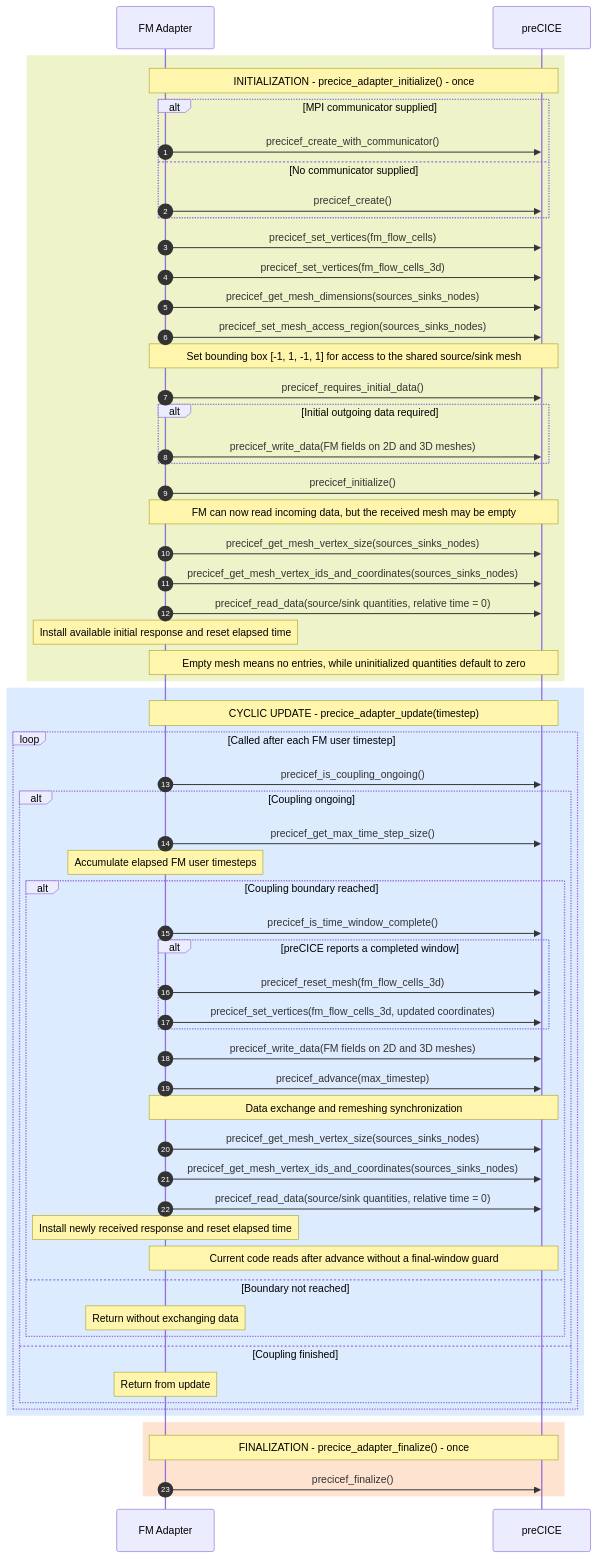
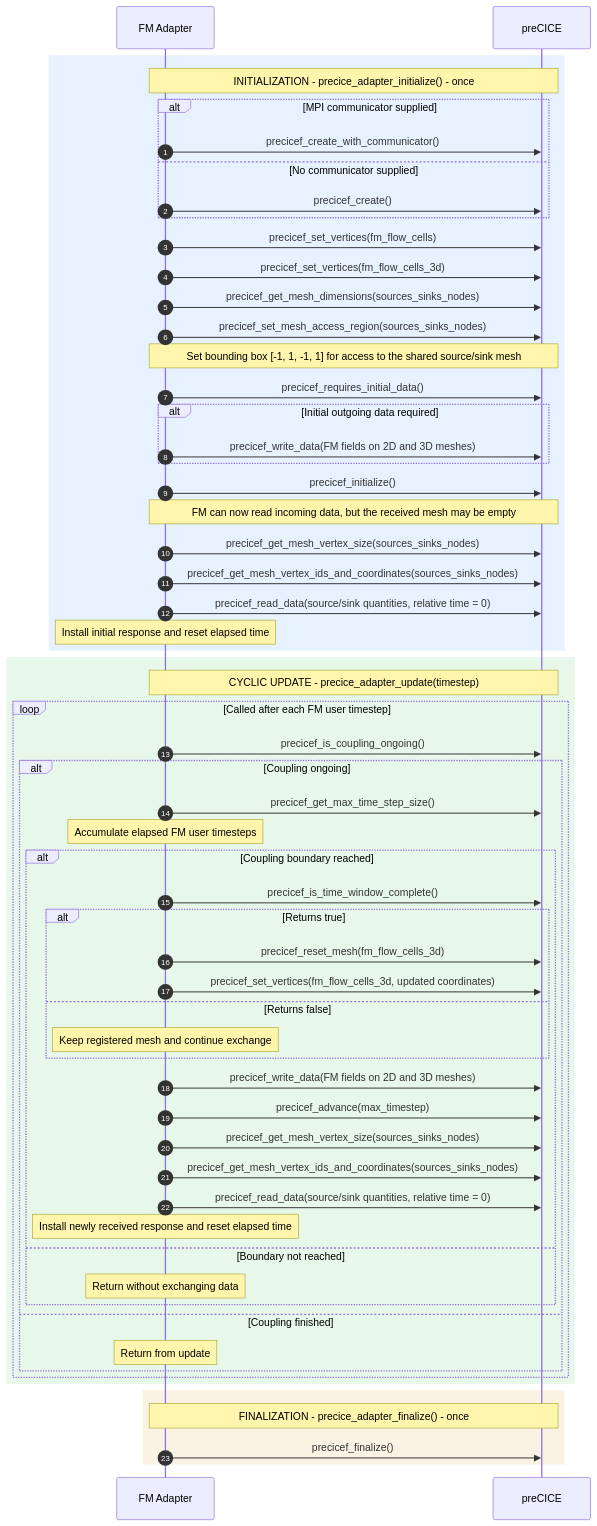
One commit to Deltares/Delft3D changed the diagram in src/engines_gpl/dflowfm/docs/include/FM_preCICE_adapter_sequence_diagram.mmd. Above: the diagram before and after it, drawn with Mermaid. The commit also changed 2 other files, not shown here.

Commit message:
Updated the mermaid diagrams based on review comments

```diff
--- a/src/engines_gpl/dflowfm/docs/include/FM_preCICE_adapter_sequence_diagram.mmd
+++ b/src/engines_gpl/dflowfm/docs/include/FM_preCICE_adapter_sequence_diagram.mmd
@@ -1,64 +1,63 @@
 sequenceDiagram
     autonumber
     participant FM as FM Adapter
     participant P as preCICE
 
-    rect rgb(238, 243, 201)
+    rect rgba(56, 139, 253, 0.12)
     Note over FM,P: INITIALIZATION - precice_adapter_initialize() - once
     alt MPI communicator supplied
         FM->>P: precicef_create_with_communicator()
     else No communicator supplied
         FM->>P: precicef_create()
     end
     FM->>P: precicef_set_vertices(fm_flow_cells)
     FM->>P: precicef_set_vertices(fm_flow_cells_3d)
     FM->>P: precicef_get_mesh_dimensions(sources_sinks_nodes)
     FM->>P: precicef_set_mesh_access_region(sources_sinks_nodes)
     Note over FM,P: Set bounding box [-1, 1, -1, 1] for access to the shared source/sink mesh
     FM->>P: precicef_requires_initial_data()
     alt Initial outgoing data required
         FM->>P: precicef_write_data(FM fields on 2D and 3D meshes)
     end
     FM->>P: precicef_initialize()
     Note over FM,P: FM can now read incoming data, but the received mesh may be empty
     FM->>P: precicef_get_mesh_vertex_size(sources_sinks_nodes)
     FM->>P: precicef_get_mesh_vertex_ids_and_coordinates(sources_sinks_nodes)
     FM->>P: precicef_read_data(source/sink quantities, relative time = 0)
-    Note over FM: Install available initial response and reset elapsed time
-    Note over FM,P: Empty mesh means no entries, while uninitialized quantities default to zero
+    Note over FM: Install initial response and reset elapsed time
     end
 
-    rect rgb(221, 235, 255)
+    rect rgba(63, 185, 80, 0.12)
     Note over FM,P: CYCLIC UPDATE - precice_adapter_update(timestep)
     loop Called after each FM user timestep
         FM->>P: precicef_is_coupling_ongoing()
         alt Coupling ongoing
             FM->>P: precicef_get_max_time_step_size()
             Note over FM: Accumulate elapsed FM user timesteps
             alt Coupling boundary reached
                 FM->>P: precicef_is_time_window_complete()
-                alt preCICE reports a completed window
+                alt Returns true
                     FM->>P: precicef_reset_mesh(fm_flow_cells_3d)
                     FM->>P: precicef_set_vertices(fm_flow_cells_3d, updated coordinates)
+                else Returns false
+                    Note over FM: Keep registered mesh and continue exchange
                 end
                 FM->>P: precicef_write_data(FM fields on 2D and 3D meshes)
                 FM->>P: precicef_advance(max_timestep)
-                Note over FM,P: Data exchange and remeshing synchronization
                 FM->>P: precicef_get_mesh_vertex_size(sources_sinks_nodes)
                 FM->>P: precicef_get_mesh_vertex_ids_and_coordinates(sources_sinks_nodes)
                 FM->>P: precicef_read_data(source/sink quantities, relative time = 0)
                 Note over FM: Install newly received response and reset elapsed time
-                Note over FM,P: Current code reads after advance without a final-window guard
             else Boundary not reached
                 Note over FM: Return without exchanging data
             end
         else Coupling finished
             Note over FM: Return from update
         end
     end
     end
 
-    rect rgb(255, 227, 209)
+    rect rgba(210, 153, 34, 0.12)
     Note over FM,P: FINALIZATION - precice_adapter_finalize() - once
     FM->>P: precicef_finalize()
     end
```
